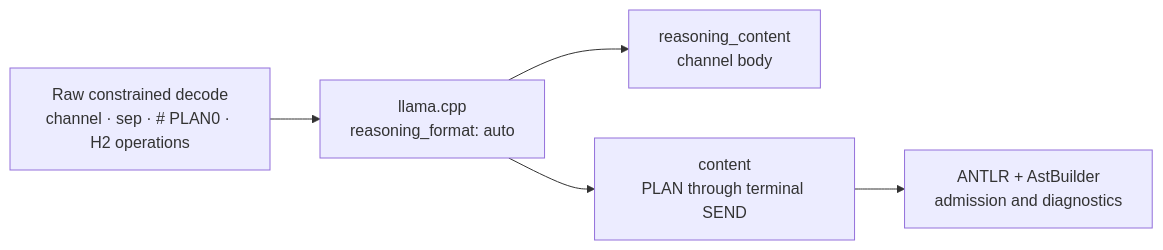
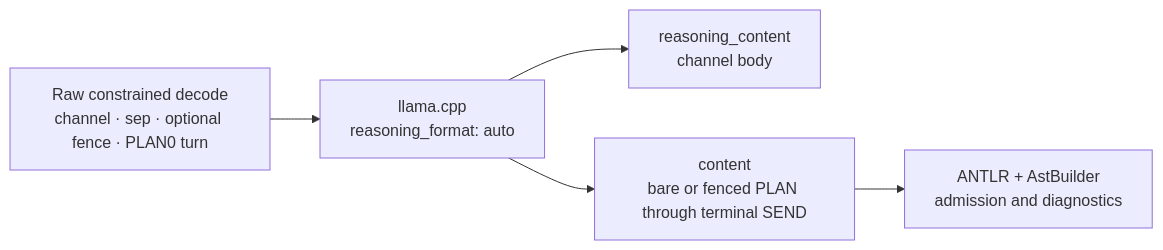
One commit to plurnk/plurnk-service changed the second of 3 diagrams in plurnk-contracts/SPEC.md. Above: the diagram before and after it, drawn with Mermaid. The commit also changed other lines of this file and 8 other files, not shown here.

````diff
--- a/plurnk-contracts/SPEC.md
+++ b/plurnk-contracts/SPEC.md
@@ -151,12 +155,12 @@
 ```mermaid
 flowchart LR
-    raw["Raw constrained decode<br/>channel · sep · # PLAN0 · H2 operations"]
+    raw["Raw constrained decode<br/>channel · sep · optional fence · PLAN0 turn"]
     split["llama.cpp<br/>reasoning_format: auto"]
     reasoning["reasoning_content<br/>channel body"]
-    content["content<br/>PLAN through terminal SEND"]
+    content["content<br/>bare or fenced PLAN through terminal SEND"]
     parser["ANTLR + AstBuilder<br/>admission and diagnostics"]
     raw --> split
     split --> reasoning
     split --> content
     content --> parser
 ```
````
